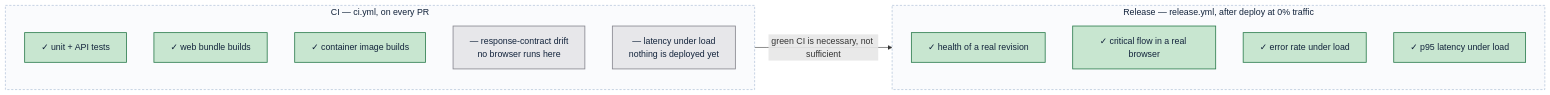
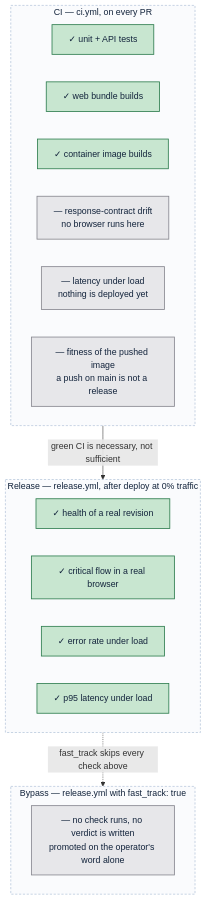
One commit to TryHarder01/release-agent-demo changed the seventh of 7 diagrams in ARCHITECTURE.md. Above: the diagram before and after it, drawn with Mermaid. The commit also changed other lines of this file, not shown here.

First line of the commit message:
Refresh ARCHITECTURE.md against the code at 595e651

````diff
--- a/ARCHITECTURE.md
+++ b/ARCHITECTURE.md
@@ -319,26 +365,32 @@
 ```mermaid
-flowchart LR
+flowchart TB
     subgraph ci["CI — ci.yml, on every PR"]
         ci1["✓ unit + API tests"]
         ci2["✓ web bundle builds"]
         ci3["✓ container image builds"]
         ci4["— response-contract drift\nno browser runs here"]
         ci5["— latency under load\nnothing is deployed yet"]
+        ci6["— fitness of the pushed image\na push on main is not a release"]
     end
 
     subgraph rel["Release — release.yml, after deploy at 0% traffic"]
         r1["✓ health of a real revision"]
         r2["✓ critical flow in a real browser"]
         r3["✓ error rate under load"]
         r4["✓ p95 latency under load"]
     end
 
+    subgraph fast["Bypass — release.yml with fast_track: true"]
+        f1["— no check runs, no verdict is written\npromoted on the operator's word alone"]
+    end
+
     ci -->|"green CI is necessary, not sufficient"| rel
+    rel -.->|"fast_track skips every check above"| fast
 
     classDef pass  fill:#c8e6d0,stroke:#2e7d4f,stroke-width:1.5px,color:#12233b
     classDef blind fill:#e7e7ea,stroke:#87878f,stroke-width:1.5px,color:#12233b
     classDef boundary fill:#fafbfd,stroke:#9db2cd,stroke-width:1px,stroke-dasharray:4 3,color:#12233b
     class ci1,ci2,ci3,r1,r2,r3,r4 pass
-    class ci4,ci5 blind
-    class ci,rel boundary
+    class ci4,ci5,ci6,f1 blind
+    class ci,rel,fast boundary
 ```
````
